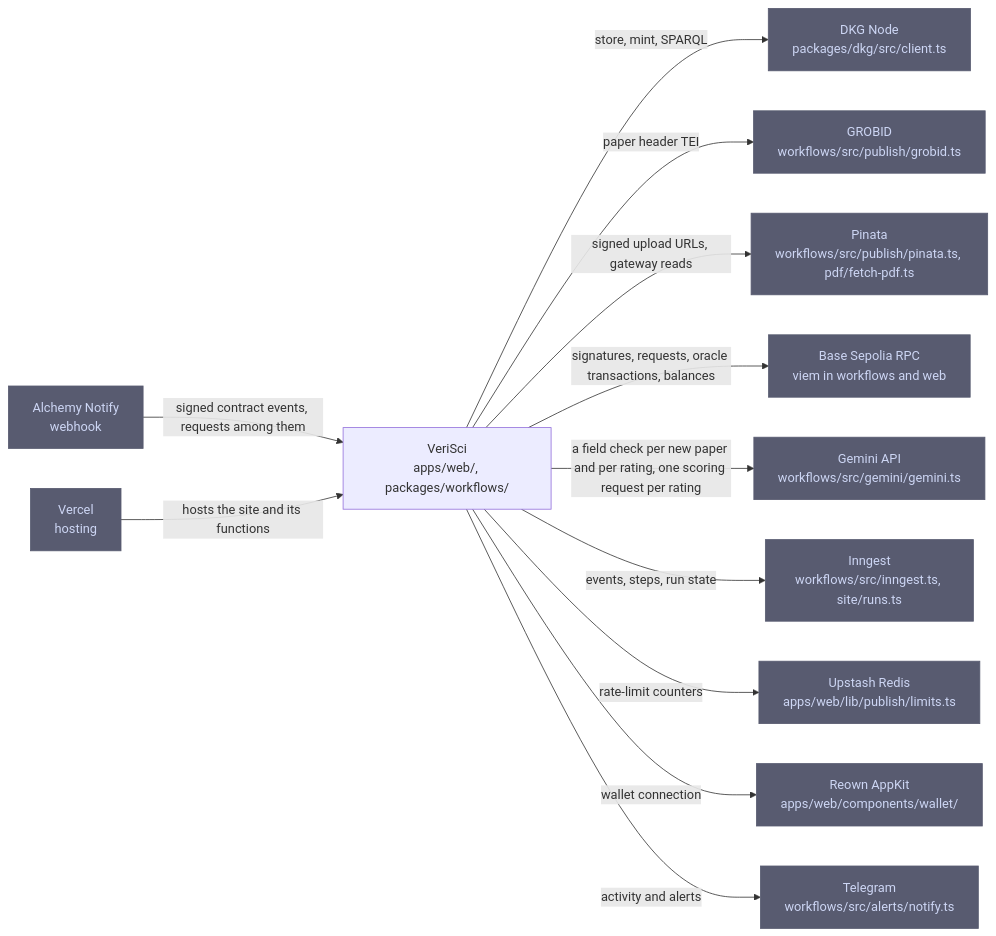
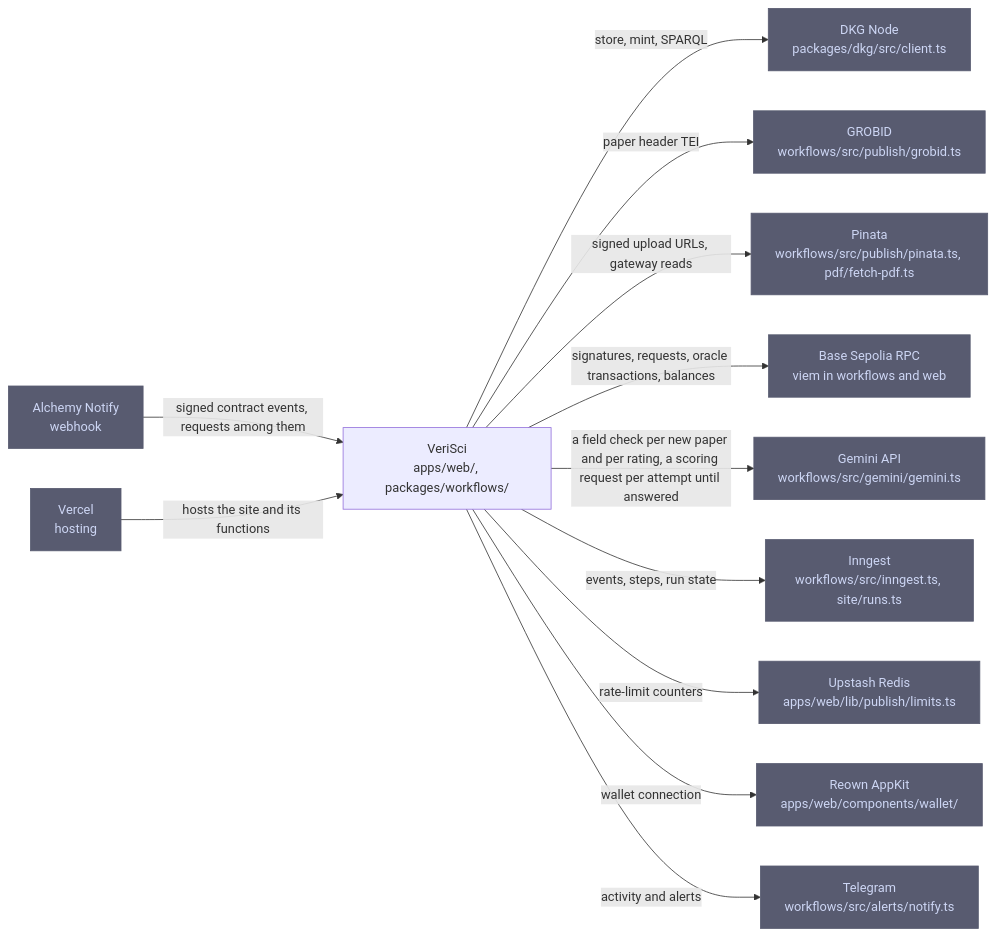
The diagram in .omm/external-integrations/diagram.mmd (SiegfriedBz/labstrail), drawn with Mermaid before and after one commit. The commit also changed 22 other files, not shown here.

First line of the commit message:
docs(repo): describe cancelled-run alerts, orphans and the field check

```diff
--- a/.omm/external-integrations/diagram.mmd
+++ b/.omm/external-integrations/diagram.mmd
@@ -1,14 +1,14 @@
 graph LR
     verisci["VeriSci\napps/web/, packages/workflows/"] -->|"store, mint, SPARQL"| dkg-node["DKG Node\npackages/dkg/src/client.ts"]
     verisci -->|"paper header TEI"| grobid["GROBID\nworkflows/src/publish/grobid.ts"]
     verisci -->|"signed upload URLs, gateway reads"| pinata["Pinata\nworkflows/src/publish/pinata.ts, pdf/fetch-pdf.ts"]
     verisci -->|"signatures, requests, oracle transactions, balances"| base-rpc["Base Sepolia RPC\nviem in workflows and web"]
-    verisci -->|"a field check per new paper and per rating, one scoring request per rating"| gemini["Gemini API\nworkflows/src/gemini/gemini.ts"]
+    verisci -->|"a field check per new paper and per rating, a scoring request per attempt until answered"| gemini["Gemini API\nworkflows/src/gemini/gemini.ts"]
     verisci -->|"events, steps, run state"| inngest["Inngest\nworkflows/src/inngest.ts, site/runs.ts"]
     verisci -->|"rate-limit counters"| upstash["Upstash Redis\napps/web/lib/publish/limits.ts"]
     verisci -->|"wallet connection"| reown["Reown AppKit\napps/web/components/wallet/"]
     verisci -->|"activity and alerts"| telegram["Telegram\nworkflows/src/alerts/notify.ts"]
     alchemy-notify["Alchemy Notify\nwebhook"] -->|"signed contract events, requests among them"| verisci
     vercel["Vercel\nhosting"] -->|"hosts the site and its functions"| verisci
     classDef external fill:#585b70,stroke:#585b70,color:#cdd6f4
     class dkg-node,grobid,pinata,base-rpc,gemini,inngest,upstash,reown,telegram,alchemy-notify,vercel external
```
